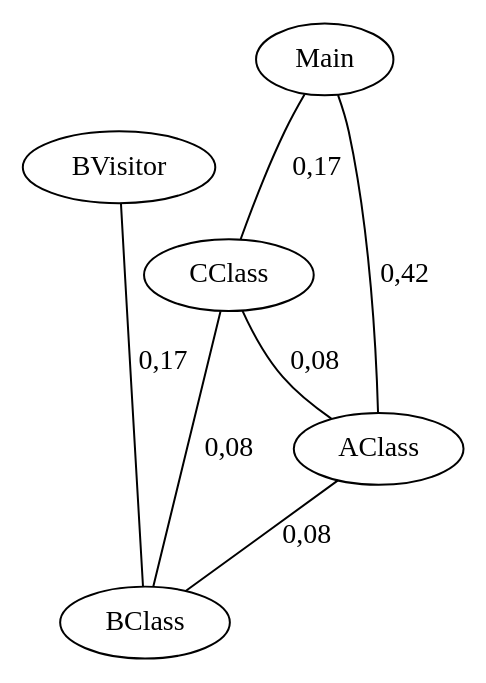
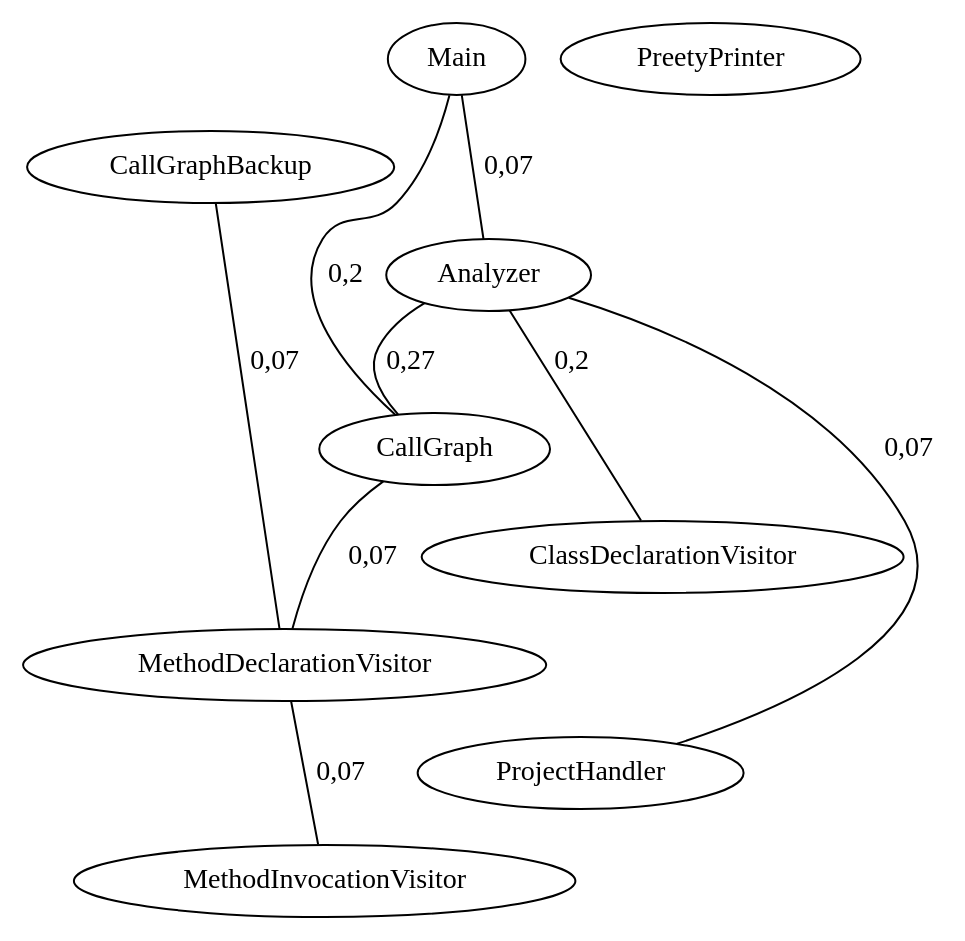
The diagram in Graphes/g.dot (Sebato/TP2_Couplage_V2), drawn with Graphviz before and after one commit. The commit also changed 6 other files, not shown here.

```diff
--- a/Graphes/g.dot
+++ b/Graphes/g.dot
@@ -1,13 +1,19 @@
 strict graph G {
-  CClass;
-  BVisitor;
-  BClass;
-  AClass;
+  CallGraph;
+  MethodInvocationVisitor;
+  PreetyPrinter;
+  ClassDeclarationVisitor;
+  Analyzer;
+  ProjectHandler;
+  MethodDeclarationVisitor;
+  CallGraphBackup;
   Main;
-  CClass -- BClass [ weight="0.08333333333333333" label="0,08" ];
-  CClass -- AClass [ weight="0.08333333333333333" label="0,08" ];
-  BVisitor -- BClass [ weight="0.16666666666666666" label="0,17" ];
-  AClass -- BClass [ weight="0.08333333333333333" label="0,08" ];
-  Main -- CClass [ weight="0.16666666666666666" label="0,17" ];
-  Main -- AClass [ weight="0.4166666666666667" label="0,42" ];
+  CallGraph -- MethodDeclarationVisitor [ weight="0.06666666666666667" label="0,07" ];
+  Analyzer -- CallGraph [ weight="0.26666666666666666" label="0,27" ];
+  Analyzer -- ProjectHandler [ weight="0.06666666666666667" label="0,07" ];
+  Analyzer -- ClassDeclarationVisitor [ weight="0.2" label="0,2" ];
+  MethodDeclarationVisitor -- MethodInvocationVisitor [ weight="0.06666666666666667" label="0,07" ];
+  CallGraphBackup -- MethodDeclarationVisitor [ weight="0.06666666666666667" label="0,07" ];
+  Main -- CallGraph [ weight="0.2" label="0,2" ];
+  Main -- Analyzer [ weight="0.06666666666666667" label="0,07" ];
 }
```
